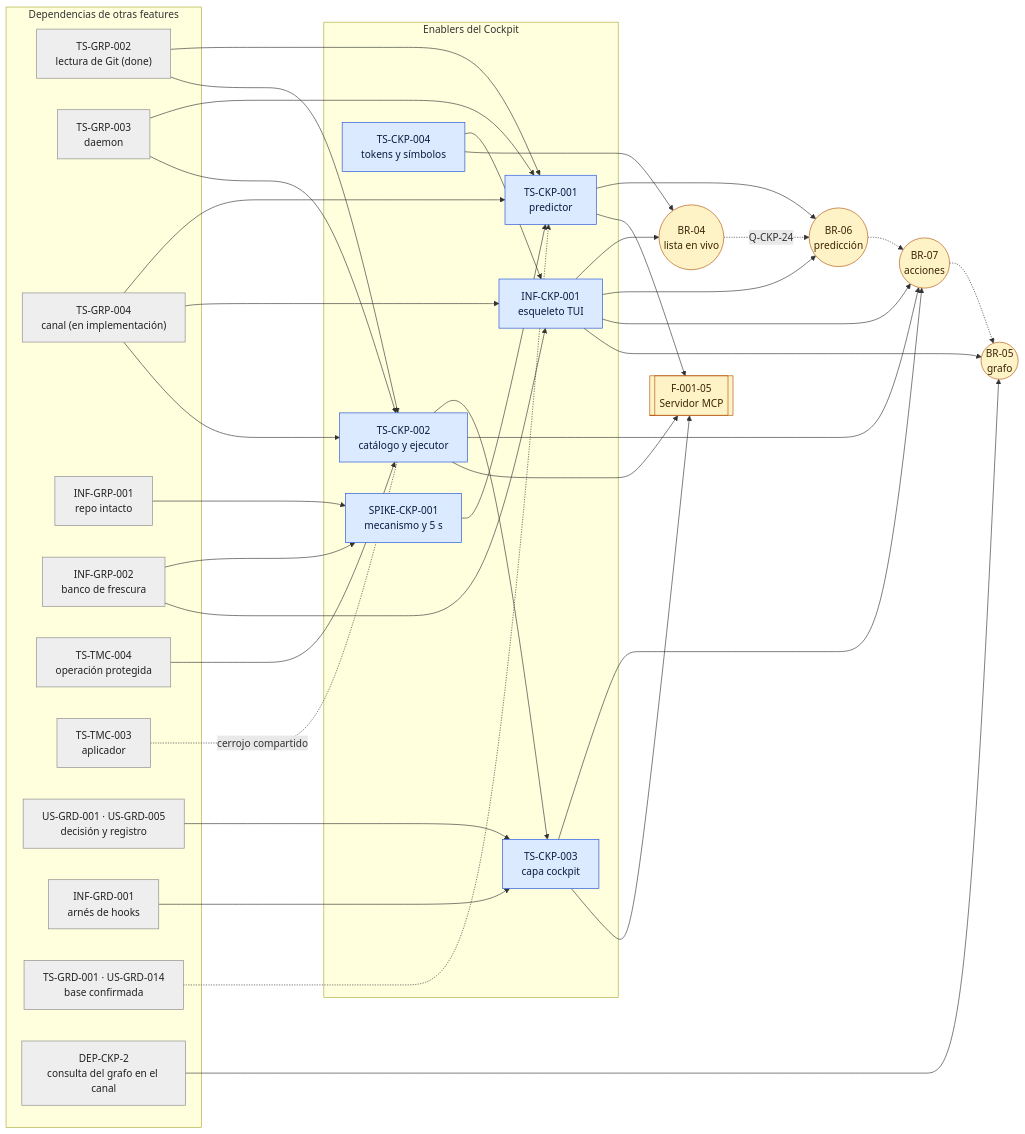
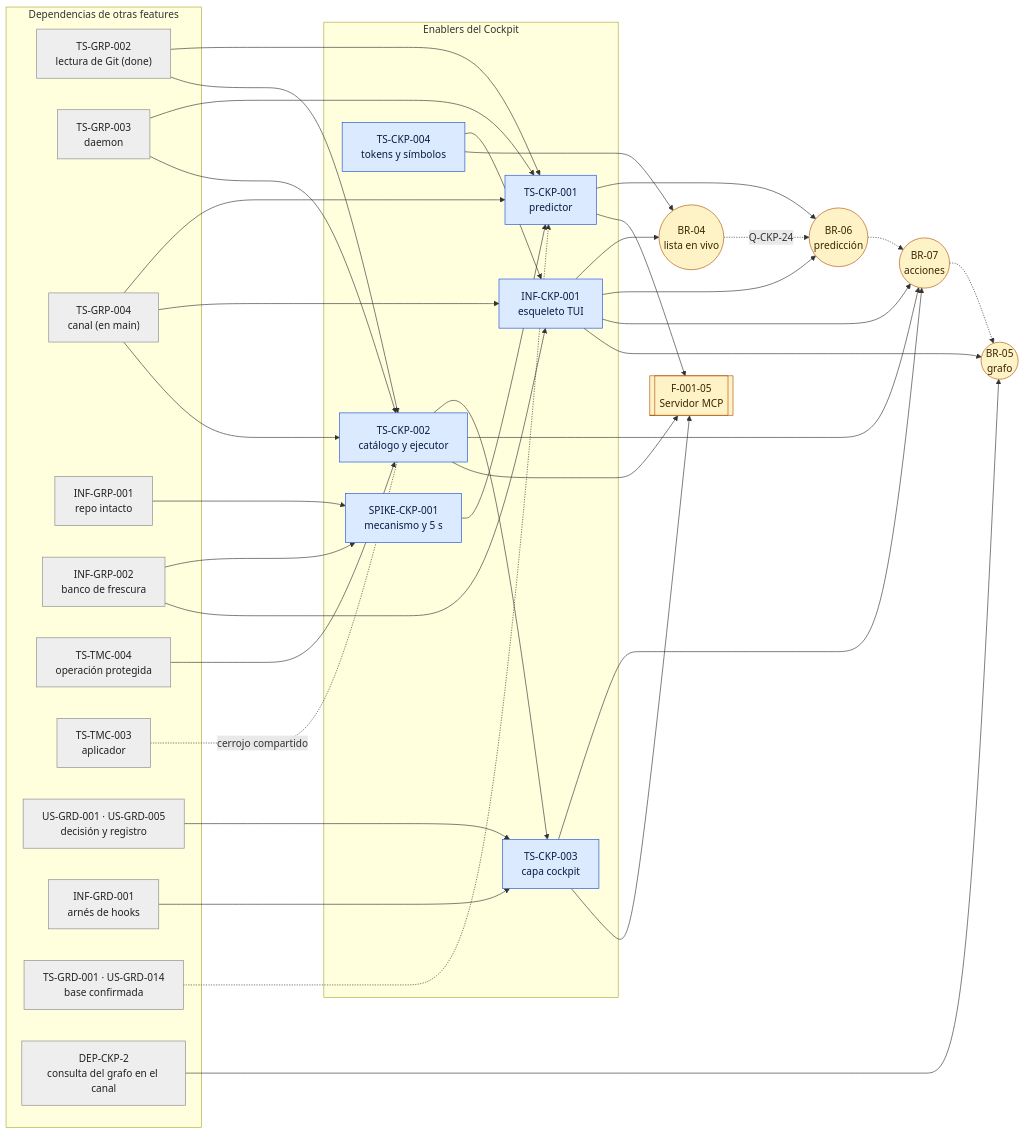
One commit to rbonillajr/gitRaptor changed the diagram in docs/requirements/features/cockpit/technical-stories.md. Above: the diagram before and after it, drawn with Mermaid. The commit also changed other lines of this file and 9 other files, not shown here.

Commit message:
docs(cockpit): align technical stories and sequences with accepted ADRs and US-CKP

````diff
--- a/docs/requirements/features/cockpit/technical-stories.md
+++ b/docs/requirements/features/cockpit/technical-stories.md
@@ -41,71 +41,71 @@
 ```mermaid
 flowchart LR
   classDef ext fill:#eeeeee,stroke:#888888,color:#222222
   classDef ckp fill:#dbeafe,stroke:#1d4ed8,color:#0b1b3f
   classDef cap fill:#fef3c7,stroke:#b45309,color:#3b2405
 
   subgraph EXT["Dependencias de otras features"]
     GRP2["TS-GRP-002<br/>lectura de Git (done)"]:::ext
     GRP3["TS-GRP-003<br/>daemon"]:::ext
-    GRP4["TS-GRP-004<br/>canal (en implementación)"]:::ext
+    GRP4["TS-GRP-004<br/>canal (en main)"]:::ext
     IG1["INF-GRP-001<br/>repo intacto"]:::ext
     IG2["INF-GRP-002<br/>banco de frescura"]:::ext
     TMC4["TS-TMC-004<br/>operación protegida"]:::ext
     TMC3["TS-TMC-003<br/>aplicador"]:::ext
     GRD["US-GRD-001 · US-GRD-005<br/>decisión y registro"]:::ext
     IGRD["INF-GRD-001<br/>arnés de hooks"]:::ext
     BASE["TS-GRD-001 · US-GRD-014<br/>base confirmada"]:::ext
     DEP2["DEP-CKP-2<br/>consulta del grafo en el canal"]:::ext
   end
 
   subgraph CKP["Enablers del Cockpit"]
     SPK["SPIKE-CKP-001<br/>mecanismo y 5 s"]:::ckp
     T1["TS-CKP-001<br/>predictor"]:::ckp
     T2["TS-CKP-002<br/>catálogo y ejecutor"]:::ckp
     T3["TS-CKP-003<br/>capa cockpit"]:::ckp
     I1["INF-CKP-001<br/>esqueleto TUI"]:::ckp
     T4["TS-CKP-004<br/>tokens y símbolos"]:::ckp
   end
 
   B4(("BR-04<br/>lista en vivo")):::cap
   B6(("BR-06<br/>predicción")):::cap
   B7(("BR-07<br/>acciones")):::cap
   B5(("BR-05<br/>grafo")):::cap
   MCP[["F-001-05<br/>Servidor MCP"]]:::cap
 
   IG1 --> SPK
   IG2 --> SPK
   SPK --> T1
   GRP2 --> T1
   GRP3 --> T1
   GRP4 --> T1
   BASE -.-> T1
   GRP4 --> I1
   T4 --> I1
   IG2 --> I1
   TMC4 --> T2
   GRP2 --> T2
   GRP3 --> T2
   GRP4 --> T2
   TMC3 -.-|"cerrojo compartido"| T2
   T2 --> T3
   GRD --> T3
   IGRD --> T3
 
   I1 --> B4
   T4 --> B4
   T1 --> B6
   I1 --> B6
   T2 --> B7
   T3 --> B7
   I1 --> B7
   I1 --> B5
   DEP2 --> B5
   T1 --> MCP
   T2 --> MCP
   T3 --> MCP
 
   B4 -.->|"Q-CKP-24"| B6
   B6 -.-> B7
   B7 -.-> B5
 ```
````
